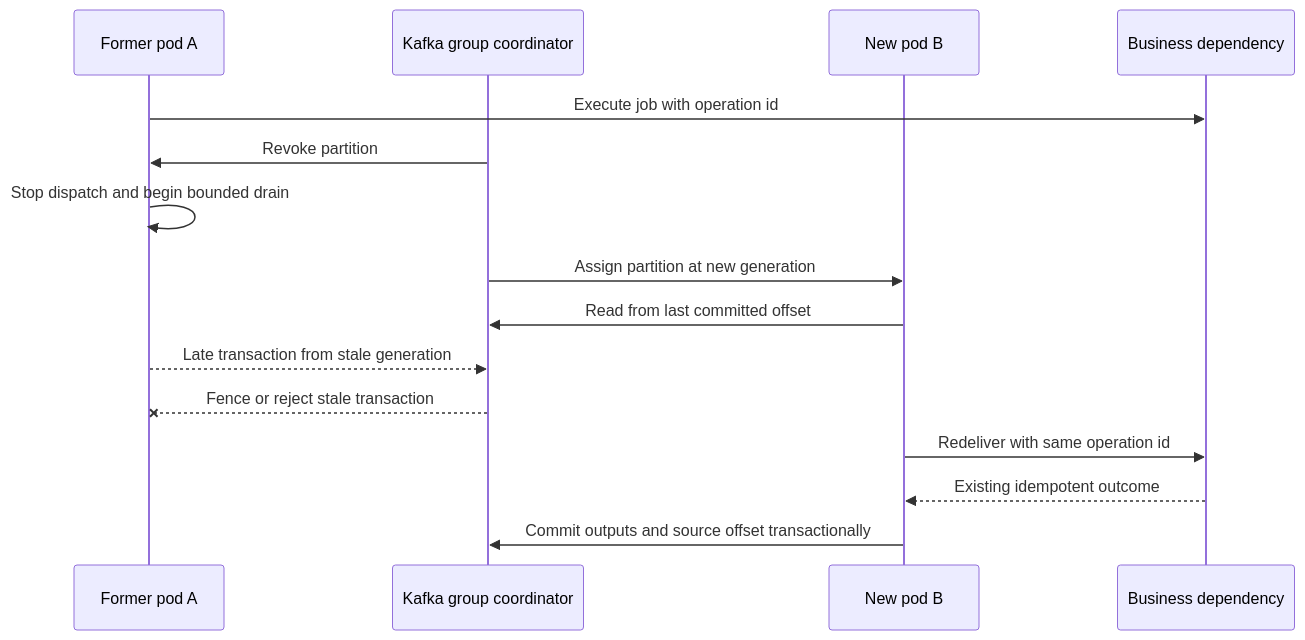
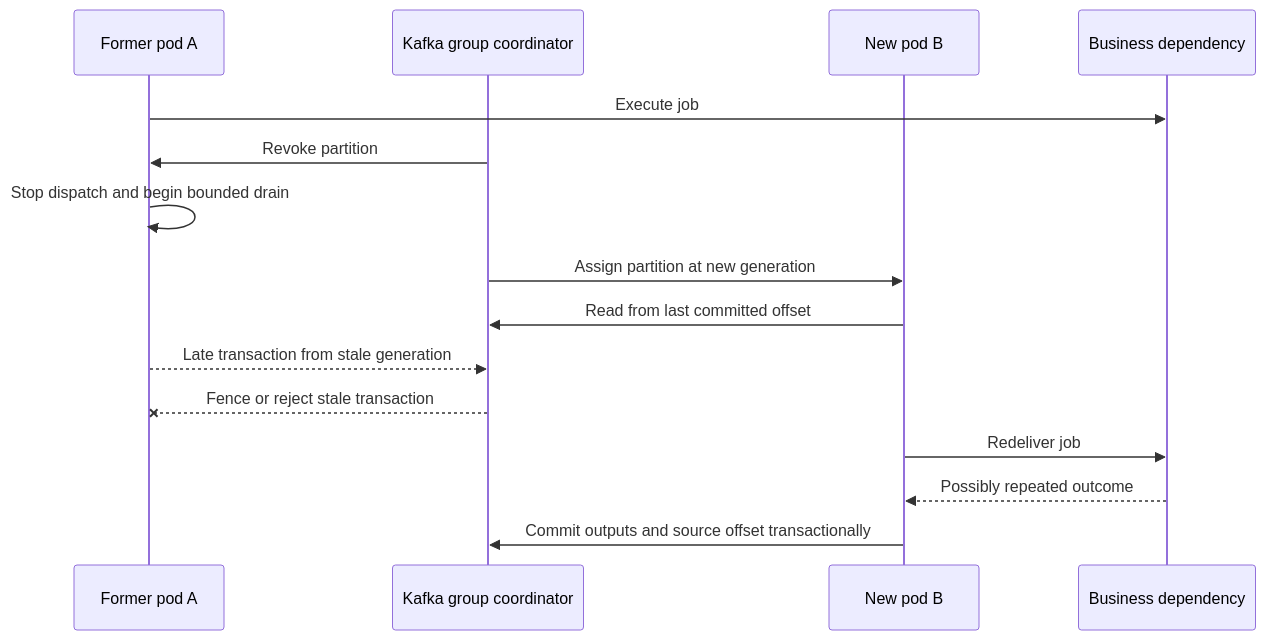
Before and after one commit to spakai/job_scheduling_simulation: the sixth of 7 diagrams in specs/006-kafka-pull-job-scheduler/arc42.md, drawn with Mermaid. The commit also changed other lines of this file and 2 other files, not shown here.

Commit message:
docs: defer durable job deduplication

````diff
--- a/specs/006-kafka-pull-job-scheduler/arc42.md
+++ b/specs/006-kafka-pull-job-scheduler/arc42.md
@@ -269,18 +263,18 @@
 ```mermaid
 sequenceDiagram
     participant A as Former pod A
     participant K as Kafka group coordinator
     participant B as New pod B
     participant D as Business dependency
 
-    A->>D: Execute job with operation id
+    A->>D: Execute job
     K->>A: Revoke partition
     A->>A: Stop dispatch and begin bounded drain
     K->>B: Assign partition at new generation
     B->>K: Read from last committed offset
     A-->>K: Late transaction from stale generation
     K--xA: Fence or reject stale transaction
-    B->>D: Redeliver with same operation id
-    D-->>B: Existing idempotent outcome
+    B->>D: Redeliver job
+    D-->>B: Possibly repeated outcome
     B->>K: Commit outputs and source offset transactionally
 ```
````
